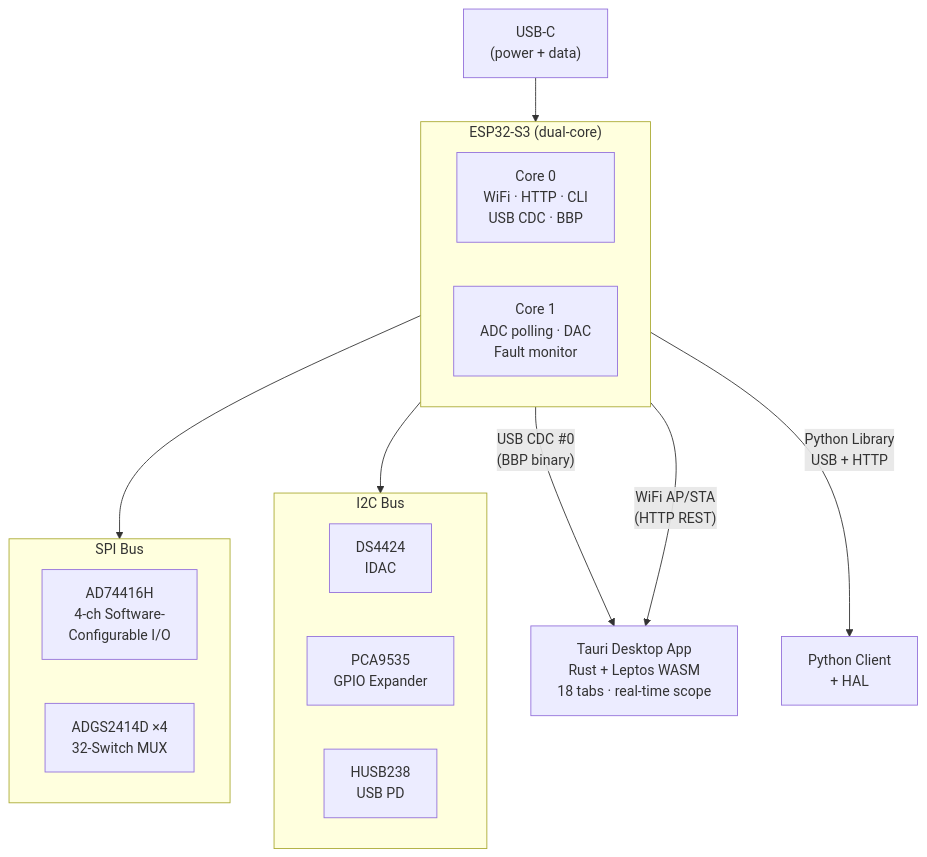
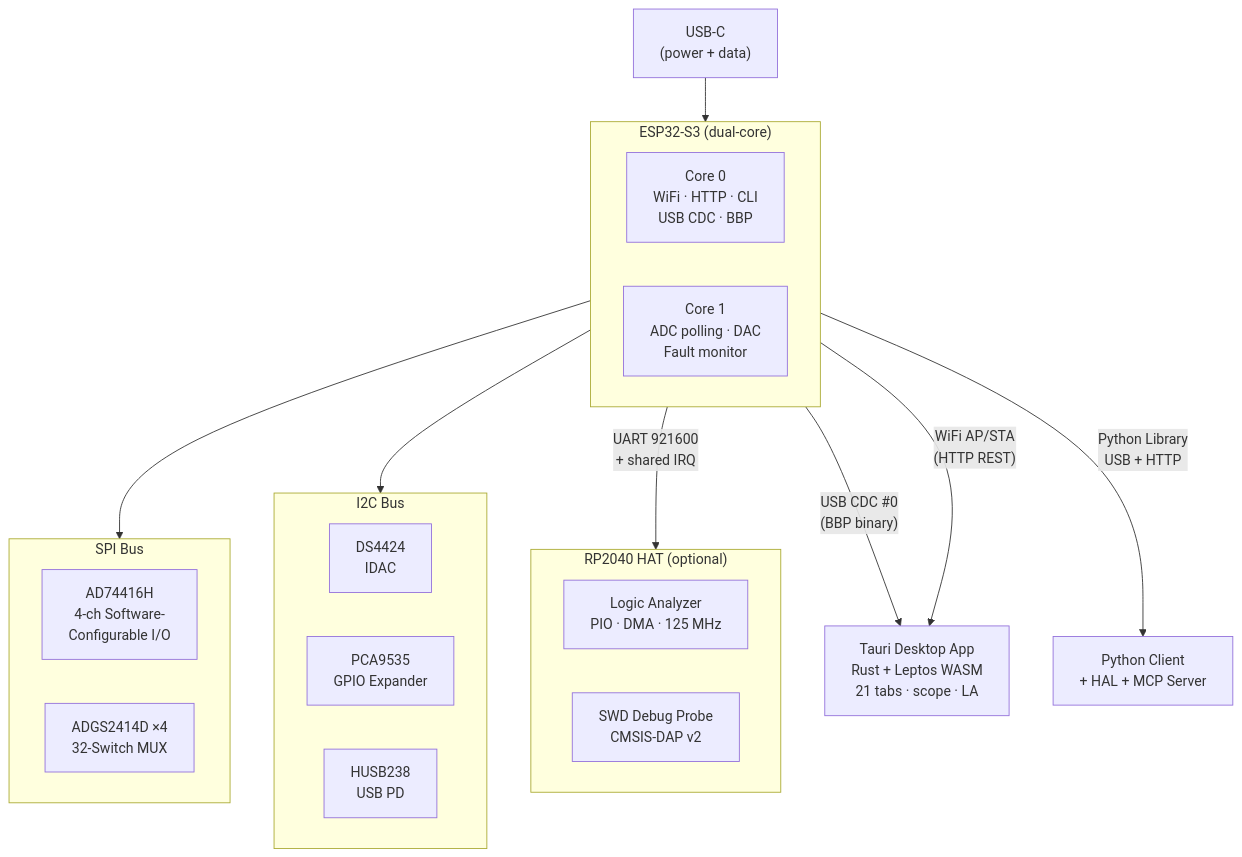
One commit to lollokara/BugBuster changed the first of 2 diagrams in README.md. Above: the diagram before and after it, drawn with Mermaid. The commit also changed other lines of this file and 2 other files, not shown here.

First line of the commit message:
Document RP2040 HAT, logic analyzer, MCP & README

````diff
--- a/README.md
+++ b/README.md
@@ -109,28 +149,35 @@
 ```mermaid
 flowchart TB
   USB["USB-C\n(power + data)"] --> ESP32
 
   subgraph ESP32["ESP32-S3 (dual-core)"]
     direction LR
     C0["Core 0\nWiFi · HTTP · CLI\nUSB CDC · BBP"]
     C1["Core 1\nADC polling · DAC\nFault monitor"]
   end
 
   subgraph SPI["SPI Bus"]
     ADC["AD74416H\n4-ch Software-\nConfigurable I/O"]
     MUX["ADGS2414D ×4\n32-Switch MUX"]
   end
 
   subgraph I2C["I2C Bus"]
     IDAC["DS4424\nIDAC"]
     PCA["PCA9535\nGPIO Expander"]
     PD["HUSB238\nUSB PD"]
   end
 
+  subgraph HAT["RP2040 HAT (optional)"]
+    direction LR
+    LA["Logic Analyzer\nPIO · DMA · 125 MHz"]
+    SWD["SWD Debug Probe\nCMSIS-DAP v2"]
+  end
+
   ESP32 --> SPI
   ESP32 --> I2C
+  ESP32 -->|"UART 921600\n+ shared IRQ"| HAT
 
-  ESP32 -->|"USB CDC #0\n(BBP binary)"| APP["Tauri Desktop App\nRust + Leptos WASM\n18 tabs · real-time scope"]
+  ESP32 -->|"USB CDC #0\n(BBP binary)"| APP["Tauri Desktop App\nRust + Leptos WASM\n21 tabs · scope · LA"]
   ESP32 -->|"WiFi AP/STA\n(HTTP REST)"| APP
-  ESP32 -->|"Python Library\nUSB + HTTP"| PY["Python Client\n+ HAL"]
+  ESP32 -->|"Python Library\nUSB + HTTP"| PY["Python Client\n+ HAL + MCP Server"]
 ```
````
